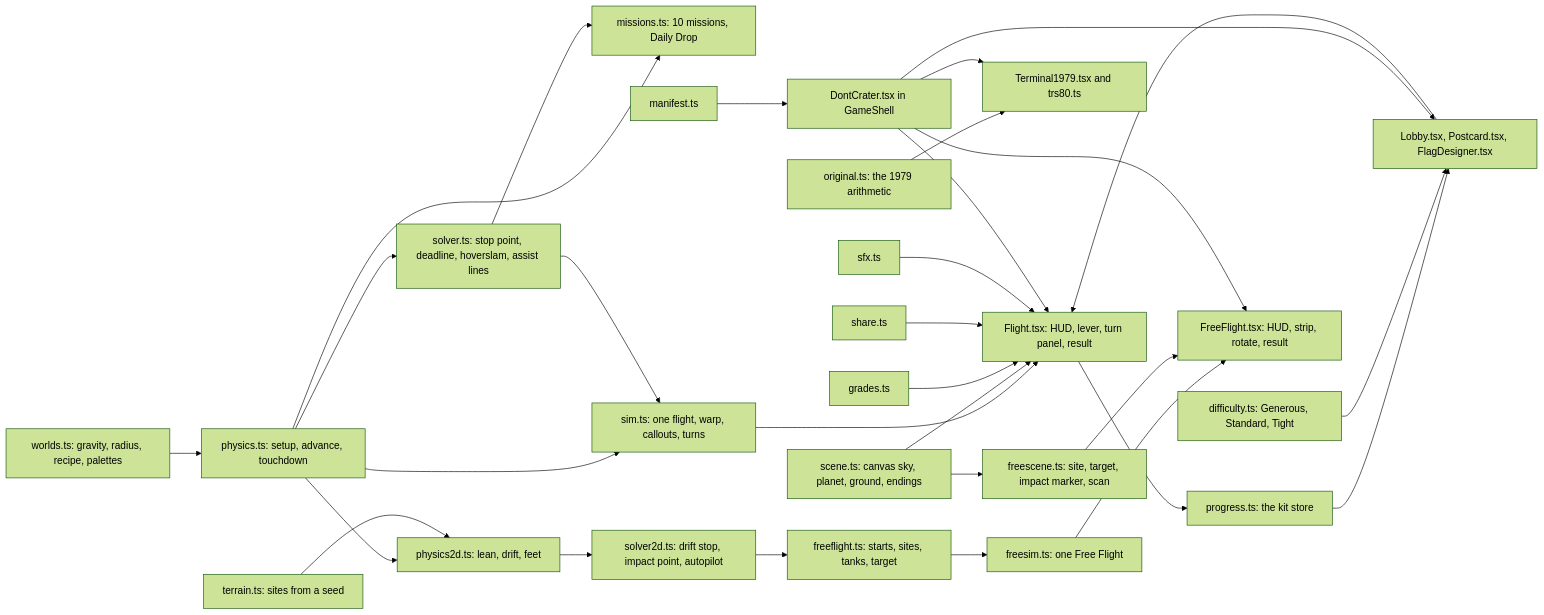
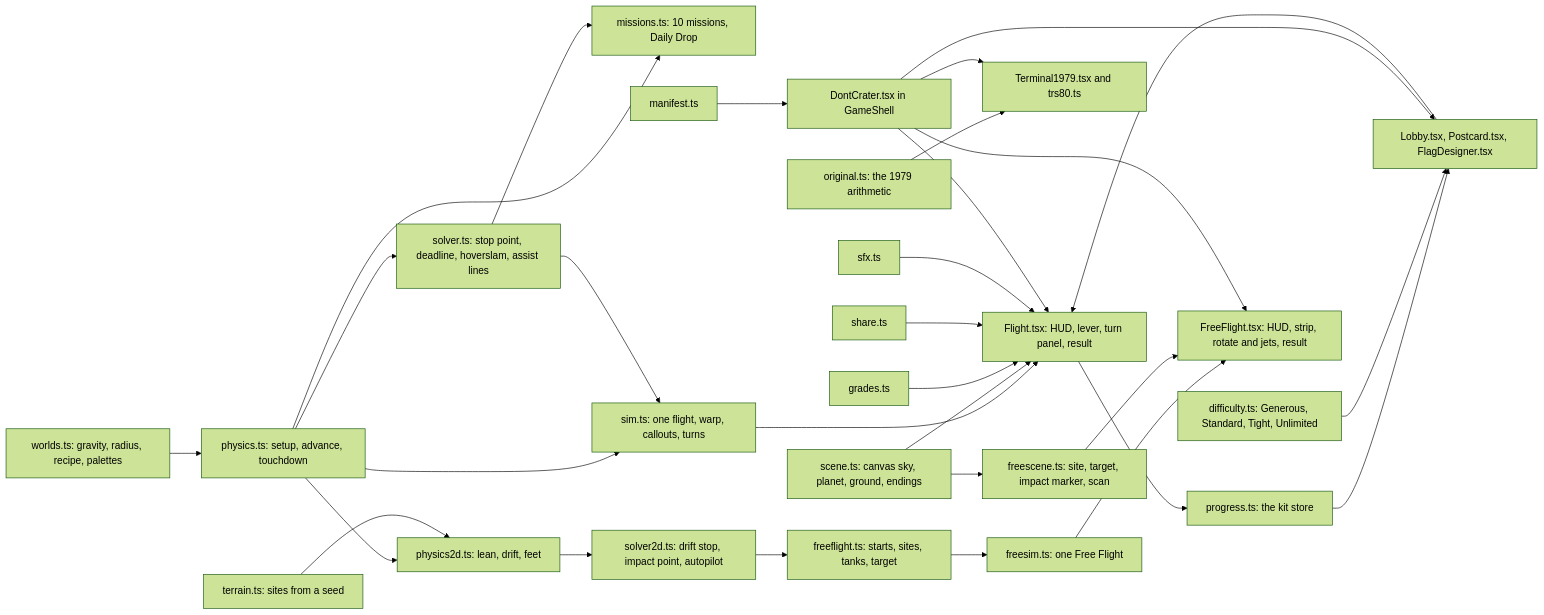
One commit to agunawijaya/any-key changed the first of 4 diagrams in docs/lander/ARCHITECTURE.md. Above: the diagram before and after it, drawn with Mermaid (forest theme). The commit also changed other lines of this file and 19 other files, not shown here.

First line of the commit message:
Don't Crater Free Flight: centred camera, side jets, unlimited fuel

````diff
--- a/docs/lander/ARCHITECTURE.md
+++ b/docs/lander/ARCHITECTURE.md
@@ -18,32 +18,32 @@
 ```mermaid
 flowchart LR
     WORLDS["worlds.ts: gravity, radius, recipe, palettes"] --> PHYS["physics.ts: setup, advance, touchdown"]
     PHYS --> SOLVER["solver.ts: stop point, deadline, hoverslam, assist lines"]
     PHYS --> MISSIONS["missions.ts: 10 missions, Daily Drop"]
     SOLVER --> MISSIONS
     PHYS --> SIM["sim.ts: one flight, warp, callouts, turns"]
     SOLVER --> SIM
     SIM --> FLIGHT["Flight.tsx: HUD, lever, turn panel, result"]
     SCENE["scene.ts: canvas sky, planet, ground, endings"] --> FLIGHT
     GRADES["grades.ts"] --> FLIGHT
     SHARE["share.ts"] --> FLIGHT
     FLIGHT --> PROGRESS["progress.ts: the kit store"]
     PROGRESS --> LOBBY
     SFX["sfx.ts"] --> FLIGHT
     LOBBY["Lobby.tsx, Postcard.tsx, FlagDesigner.tsx"] --> FLIGHT
-    DIFF["difficulty.ts: Generous, Standard, Tight"] --> LOBBY
+    DIFF["difficulty.ts: Generous, Standard, Tight, Unlimited"] --> LOBBY
     ORIG["original.ts: the 1979 arithmetic"] --> TERM["Terminal1979.tsx and trs80.ts"]
     PHYS --> PHYS2D["physics2d.ts: lean, drift, feet"]
     TERRAIN["terrain.ts: sites from a seed"] --> PHYS2D
     PHYS2D --> SOLVER2D["solver2d.ts: drift stop, impact point, autopilot"]
     SOLVER2D --> FREE["freeflight.ts: starts, sites, tanks, target"]
     FREE --> FREESIM["freesim.ts: one Free Flight"]
-    FREESIM --> FREEUI["FreeFlight.tsx: HUD, strip, rotate, result"]
+    FREESIM --> FREEUI["FreeFlight.tsx: HUD, strip, rotate and jets, result"]
     FREESCENE["freescene.ts: site, target, impact marker, scan"] --> FREEUI
     SCENE --> FREESCENE
     MANIFEST["manifest.ts"] --> SHELL["DontCrater.tsx in GameShell"]
     SHELL --> LOBBY
     SHELL --> FLIGHT
     SHELL --> FREEUI
     SHELL --> TERM
 ```
````
